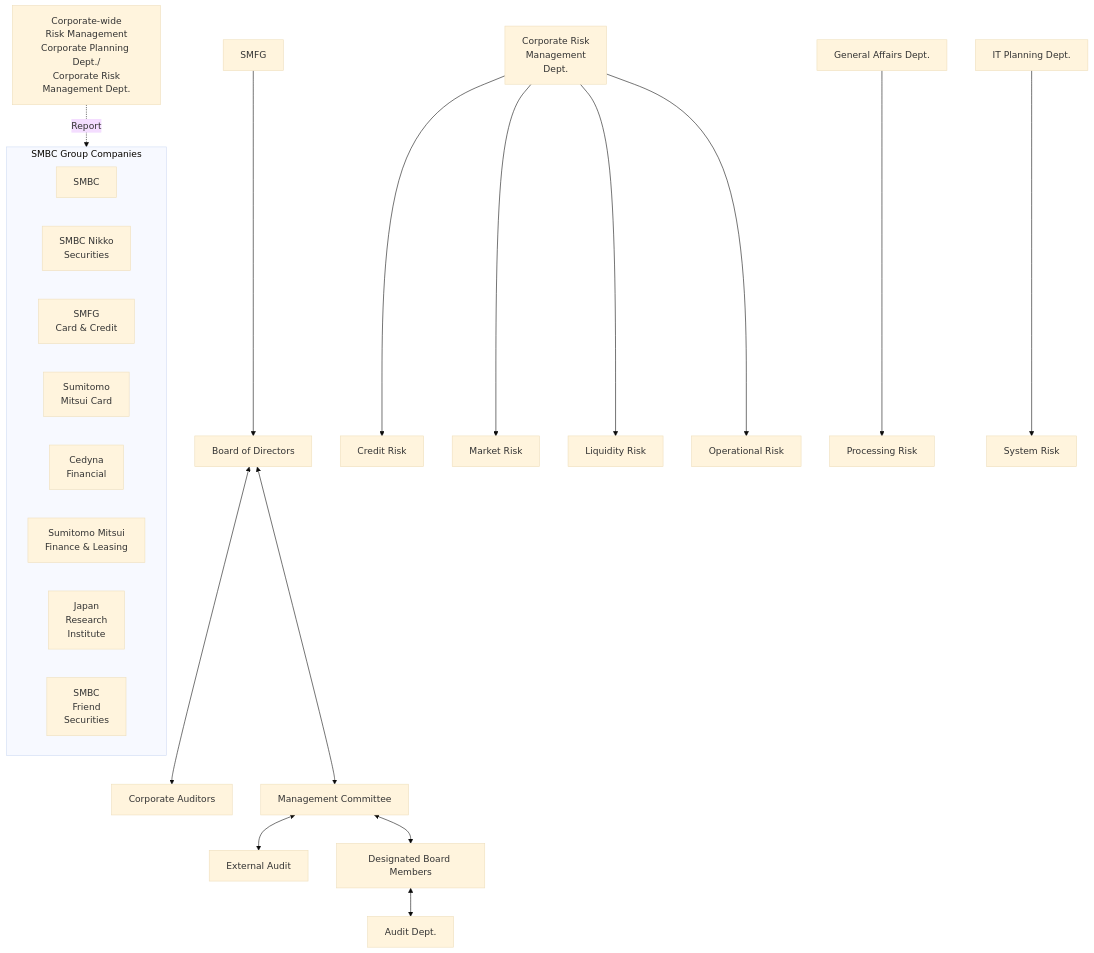
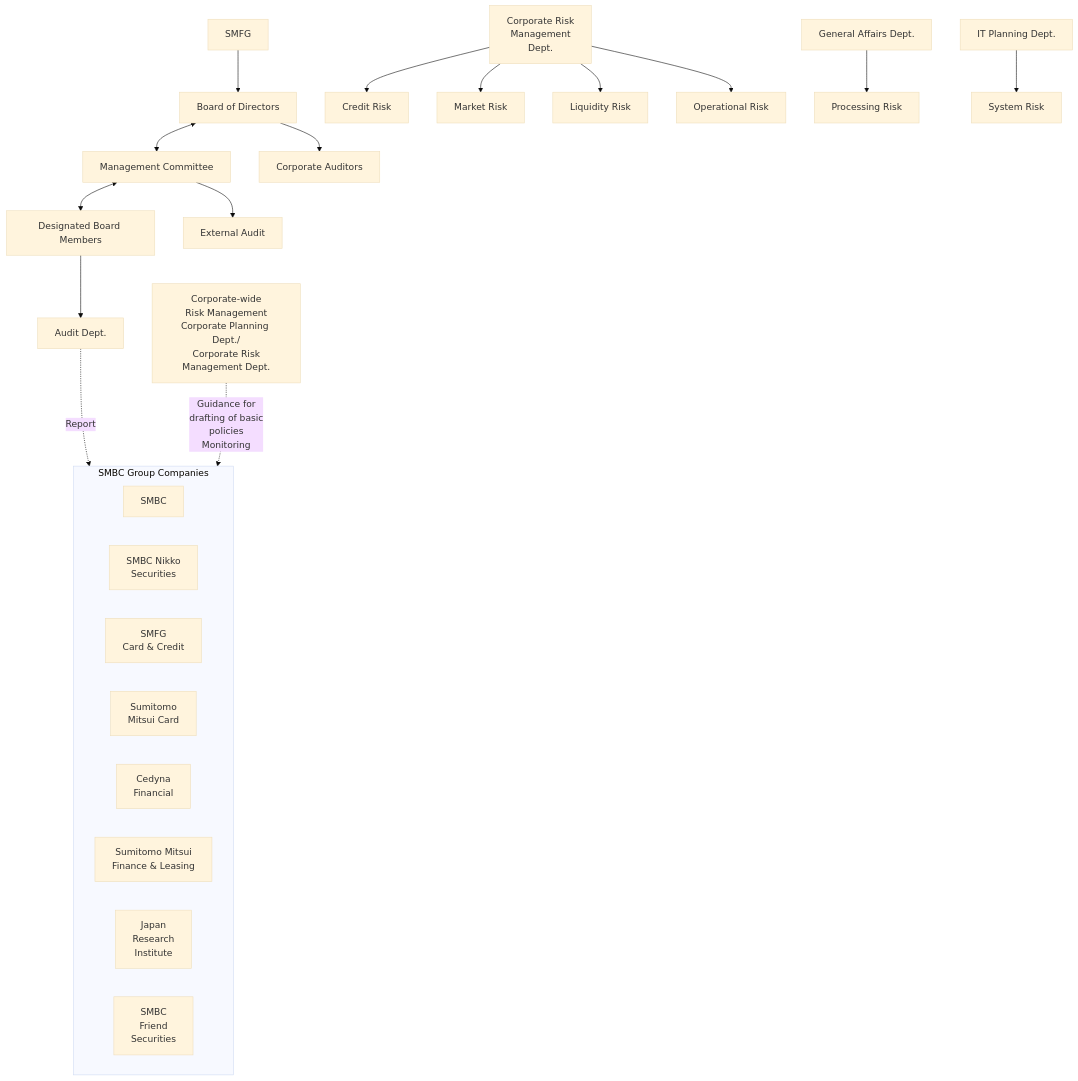
The first of 2 diagrams in llama_parse_results/markdowns/page_103.md (pymupdf/PyMuPDF-Layout), drawn with Mermaid (base theme) before and after one commit. The commit also changed other lines of this file and 105 other files, not shown here.

````diff
--- a/llama_parse_results/markdowns/page_103.md
+++ b/llama_parse_results/markdowns/page_103.md
@@ -27,51 +29,50 @@
 ```mermaid
 graph TB
     SMFG[SMFG]
-    BOD[Board of Directors]
-    CA[Corporate Auditors]
-    MC[Management Committee]
-    EA[External Audit]
-    DBM[Designated Board Members]
-    AD[Audit Dept.]
+    BOD1[Board of Directors]
+    MC1[Management Committee]
+    DBM1[Designated Board Members]
+    CA1[Corporate Auditors]
+    EA1[External Audit]
+    AD1[Audit Dept.]
     
     CRMD[Corporate Risk<br/>Management<br/>Dept.]
-    CR[Credit Risk]
-    MR[Market Risk]
-    LR[Liquidity Risk]
-    OR[Operational Risk]
+    CR1[Credit Risk]
+    MR1[Market Risk]
+    LR1[Liquidity Risk]
+    OR1[Operational Risk]
+    GAD[General Affairs Dept.]
+    PR1[Processing Risk]
+    ITPD1[IT Planning Dept.]
+    SR1[System Risk]
     
-    CWRMD[Corporate-wide<br/>Risk Management<br/>Corporate Planning Dept./<br/>Corporate Risk<br/>Management Dept.]
+    CWRM[Corporate-wide<br/>Risk Management<br/>Corporate Planning Dept./<br/>Corporate Risk<br/>Management Dept.]
     
-    GAD[General Affairs Dept.]
-    PR[Processing Risk]
-    ITPD[IT Planning Dept.]
-    SR[System Risk]
+    SMFG --> BOD1
+    BOD1 <--> MC1
+    MC1 <--> DBM1
+    BOD1 --> CA1
+    MC1 --> EA1
+    DBM1 --> AD1
     
-    SMFG --> BOD
-    BOD <--> CA
-    BOD <--> MC
-    MC <--> EA
-    MC <--> DBM
-    DBM <--> AD
+    CRMD --> CR1
+    CRMD --> MR1
+    CRMD --> LR1
+    CRMD --> OR1
+    GAD --> PR1
+    ITPD1 --> SR1
     
-    CRMD --> CR
-    CRMD --> MR
-    CRMD --> LR
-    CRMD --> OR
-    
-    GAD --> PR
-    ITPD --> SR
-    
-    CWRMD -.Report.-> SMBC_Group
-    
-    subgraph SMBC_Group[SMBC Group Companies]
+    subgraph Companies[SMBC Group Companies]
         SMBC[SMBC]
-        SMBCNS[SMBC Nikko<br/>Securities]
+        SMBCN[SMBC Nikko<br/>Securities]
         SMFGCC[SMFG<br/>Card & Credit]
         SMC[Sumitomo<br/>Mitsui Card]
         CF[Cedyna<br/>Financial]
         SMFL[Sumitomo Mitsui<br/>Finance & Leasing]
         JRI[Japan<br/>Research<br/>Institute]
         SMBCFS[SMBC<br/>Friend<br/>Securities]
     end
+    
+    AD1 -.Report.-> Companies
+    CWRM -.Guidance for<br/>drafting of basic<br/>policies<br/>Monitoring.-> Companies
 ```
````
